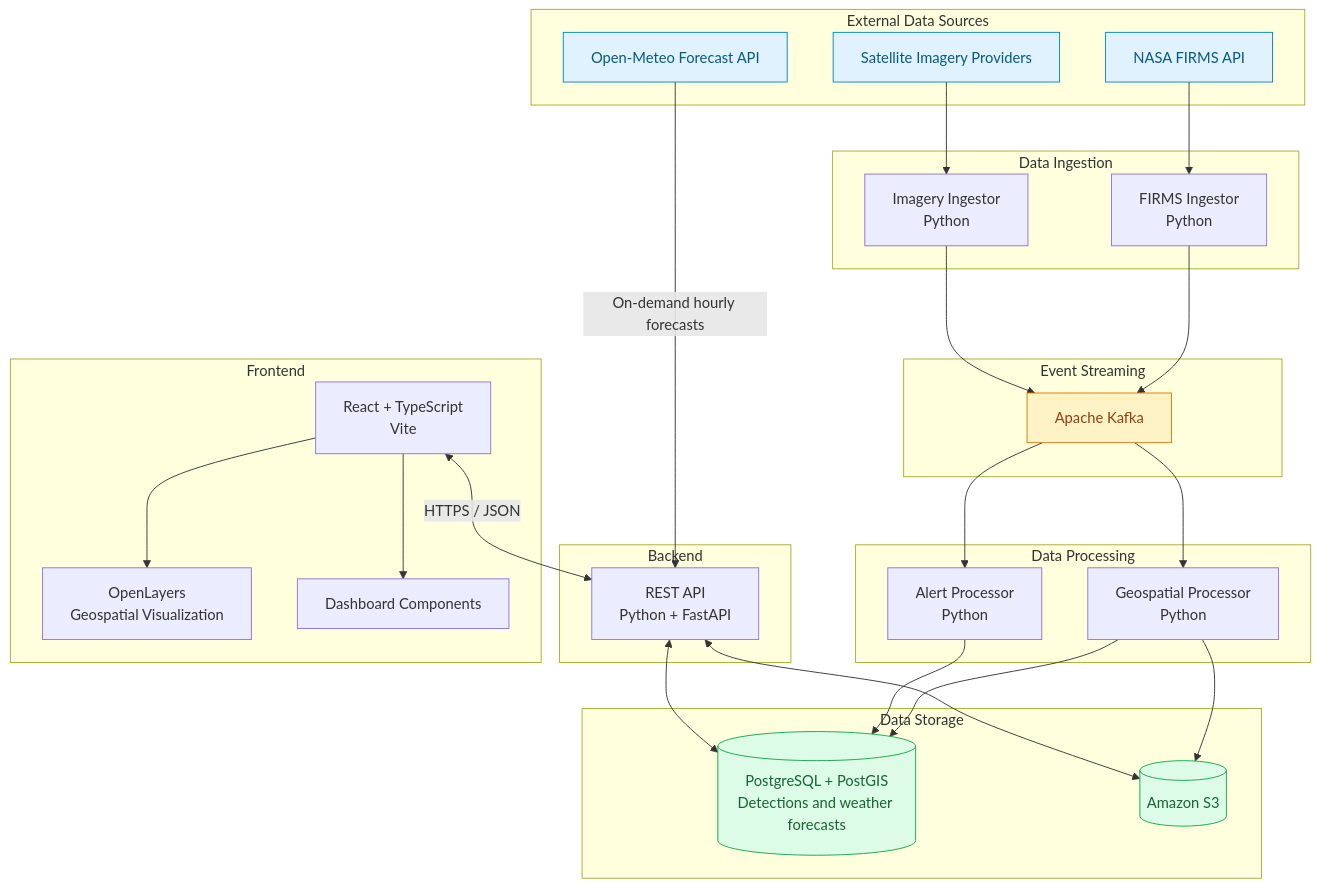
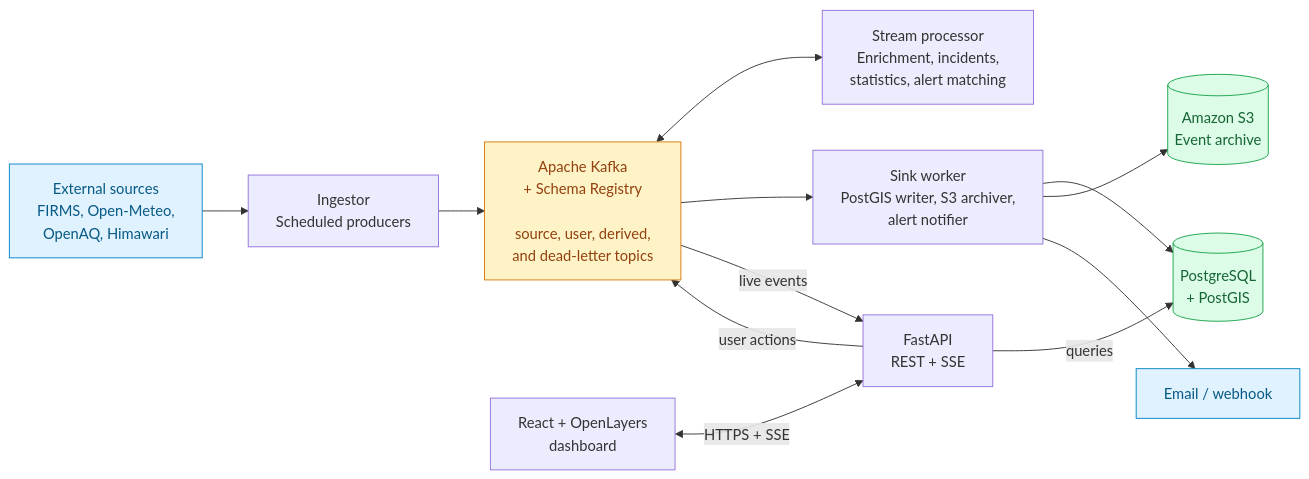
Before and after one commit to marcparaira/wildfire-intelligence-platform: the diagram in docs/architecture/high-level-architecture.md, drawn with Mermaid. The commit also changed other lines of this file and 3 other files, not shown here.

Commit message:
requirements: kakfa-centric architecture

````diff
--- a/docs/architecture/high-level-architecture.md
+++ b/docs/architecture/high-level-architecture.md
@@ -9,66 +13,36 @@
 ```mermaid
-flowchart TB
-    subgraph External["External Data Sources"]
-        FIRMS["NASA FIRMS API"]
-        WEATHER["Open-Meteo Forecast API"]
-        SAT["Satellite Imagery Providers"]
-    end
+flowchart LR
+    SRC["External sources<br/>FIRMS, Open-Meteo,<br/>OpenAQ, Himawari"]
 
-    subgraph Ingestion["Data Ingestion"]
-        FI["FIRMS Ingestor<br/>Python"]
-        SI["Imagery Ingestor<br/>Python"]
-    end
+    ING["Ingestor<br/>Scheduled producers"]
 
-    subgraph Streaming["Event Streaming"]
-        KAFKA["Apache Kafka"]
-    end
+    KAFKA["Apache Kafka<br/>+ Schema Registry<br/><br/>source, user, derived,<br/>and dead-letter topics"]
 
-    subgraph Processing["Data Processing"]
-        PROC["Geospatial Processor<br/>Python"]
-        ALERT["Alert Processor<br/>Python"]
-    end
+    STREAM["Stream processor<br/>Enrichment, incidents,<br/>statistics, alert matching"]
 
-    subgraph Storage["Data Storage"]
-        DB[("PostgreSQL + PostGIS<br/>Detections and weather forecasts")]
-        S3[("Amazon S3")]
-    end
+    WORKER["Sink worker<br/>PostGIS writer, S3 archiver,<br/>alert notifier"]
 
-    subgraph Backend["Backend"]
-        API["REST API<br/>Python + FastAPI"]
-    end
+    DB[("PostgreSQL<br/>+ PostGIS")]
+    S3[("Amazon S3<br/>Event archive")]
+    NOTIFY["Email / webhook"]
 
-    subgraph Frontend["Frontend"]
-        UI["React + TypeScript<br/>Vite"]
-        MAP["OpenLayers<br/>Geospatial Visualization"]
-        DASH["Dashboard Components"]
-        UI --> MAP
-        UI --> DASH
-    end
+    API["FastAPI<br/>REST + SSE"]
+    UI["React + OpenLayers<br/>dashboard"]
 
-    FIRMS --> FI
-    SAT --> SI
-
-    FI --> KAFKA
-    SI --> KAFKA
-
-    KAFKA --> PROC
-    KAFKA --> ALERT
-
-    PROC --> DB
-    PROC --> S3
-    ALERT --> DB
-
-    API <--> DB
-    API <--> S3
-    WEATHER -->|"On-demand hourly forecasts"| API
-
-    UI <-->|HTTPS / JSON| API
+    SRC --> ING --> KAFKA
+    KAFKA <--> STREAM
+    KAFKA --> WORKER
+    WORKER --> DB & S3 & NOTIFY
+    KAFKA -->|live events| API
+    API -->|user actions| KAFKA
+    API -->|queries| DB
+    UI <-->|HTTPS + SSE| API
 
     classDef external fill:#e0f2fe,stroke:#0284c7,color:#075985
     classDef streaming fill:#fef3c7,stroke:#d97706,color:#92400e
     classDef data fill:#dcfce7,stroke:#16a34a,color:#166534
 
-    class FIRMS,WEATHER,SAT external
+    class SRC,NOTIFY external
     class KAFKA streaming
     class DB,S3 data
 ```
````
